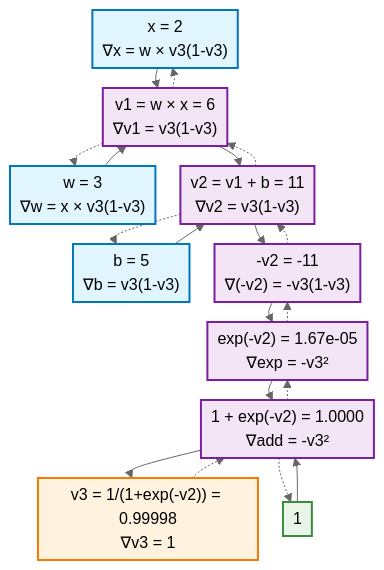
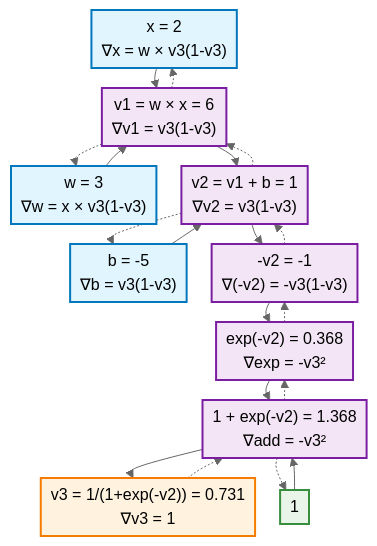
One commit to VadimSokolov/bayes_ai_deep_learning changed the diagram in fig/mermaid/20-sgd-comp-graph.mmd. Above: the diagram before and after it, drawn with Mermaid (neutral theme). The commit also changed 139 other files, not shown here.

```diff
--- a/fig/mermaid/20-sgd-comp-graph.mmd
+++ b/fig/mermaid/20-sgd-comp-graph.mmd
@@ -1,48 +1,48 @@
 %%{init: {"flowchart": {"padding": 5, "nodeSpacing": 25, "rankSpacing": 20}}}%%
 graph TB
     %% Input nodes
     X["x = 2<br/>∇x = w × v3(1-v3)"]
     W["w = 3<br/>∇w = x × v3(1-v3)"]
-    B["b = 5<br/>∇b = v3(1-v3)"]
+    B["b = -5<br/>∇b = v3(1-v3)"]
 
     %% Computation nodes
     V1["v1 = w × x = 6<br/>∇v1 = v3(1-v3)"]
-    V2["v2 = v1 + b = 11<br/>∇v2 = v3(1-v3)"]
-    NEG["-v2 = -11<br/>∇(-v2) = -v3(1-v3)"]
-    EXP["exp(-v2) = 1.67e-05<br/>∇exp = -v3²"]
+    V2["v2 = v1 + b = 1<br/>∇v2 = v3(1-v3)"]
+    NEG["-v2 = -1<br/>∇(-v2) = -v3(1-v3)"]
+    EXP["exp(-v2) = 0.368<br/>∇exp = -v3²"]
     ONE["1"]
-    ADD1["1 + exp(-v2) = 1.0000<br/>∇add = -v3²"]
-    V3["v3 = 1/(1+exp(-v2)) = 0.99998<br/>∇v3 = 1"]
+    ADD1["1 + exp(-v2) = 1.368<br/>∇add = -v3²"]
+    V3["v3 = 1/(1+exp(-v2)) = 0.731<br/>∇v3 = 1"]
 
     %% Forward pass connections (solid arrows)
     X --> V1
     W --> V1
     V1 --> V2
     B --> V2
     V2 --> NEG
     NEG --> EXP
     ONE --> ADD1
     EXP --> ADD1
     ADD1 --> V3
 
     %% Backward pass connections (dashed arrows - gradient flow)
     V3 -.-> ADD1
     ADD1 -.-> EXP
     ADD1 -.-> ONE
     EXP -.-> NEG
     NEG -.-> V2
     V2 -.-> V1
     V2 -.-> B
     V1 -.-> W
     V1 -.-> X
 
     %% Styling
     classDef input fill:#e1f5fe,stroke:#0277bd,stroke-width:2px
     classDef computation fill:#f3e5f5,stroke:#7b1fa2,stroke-width:2px
     classDef constant fill:#e8f5e8,stroke:#388e3c,stroke-width:2px
     classDef output fill:#fff3e0,stroke:#f57c00,stroke-width:2px
 
     class X,W,B input
     class V1,V2,NEG,EXP,ADD1 computation
     class ONE constant
     class V3 output
```
